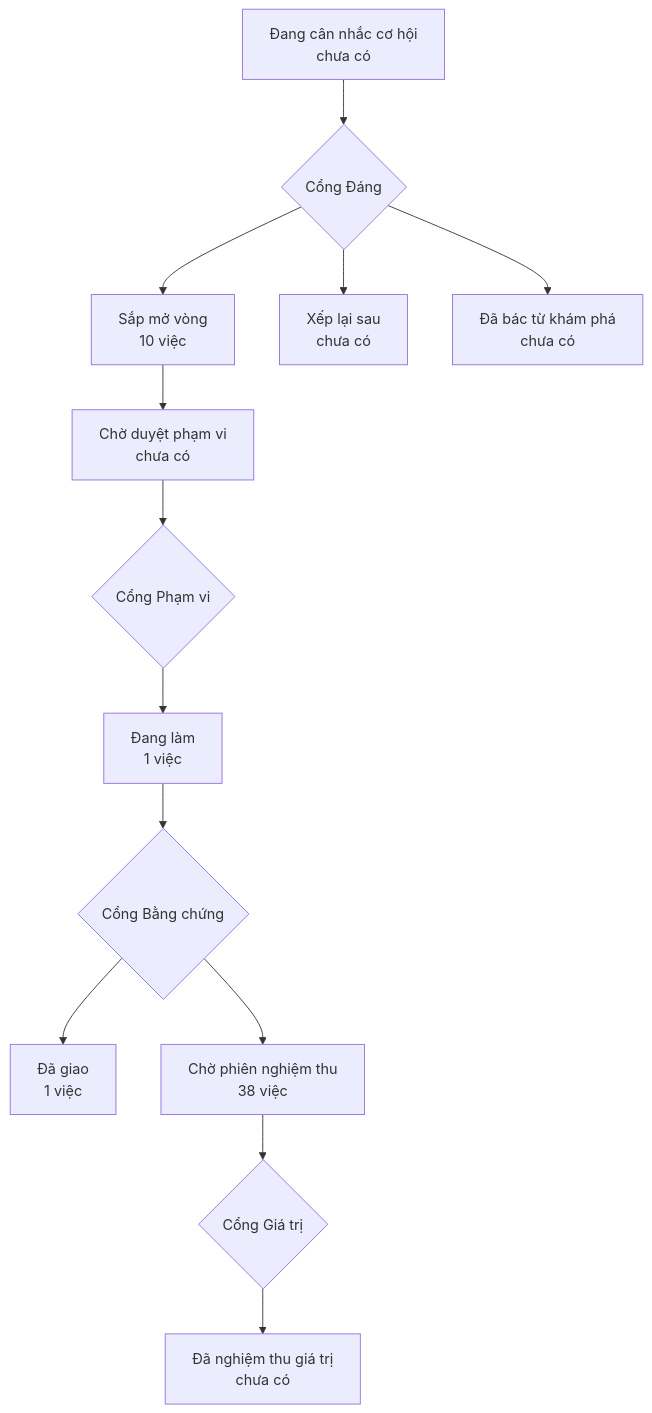
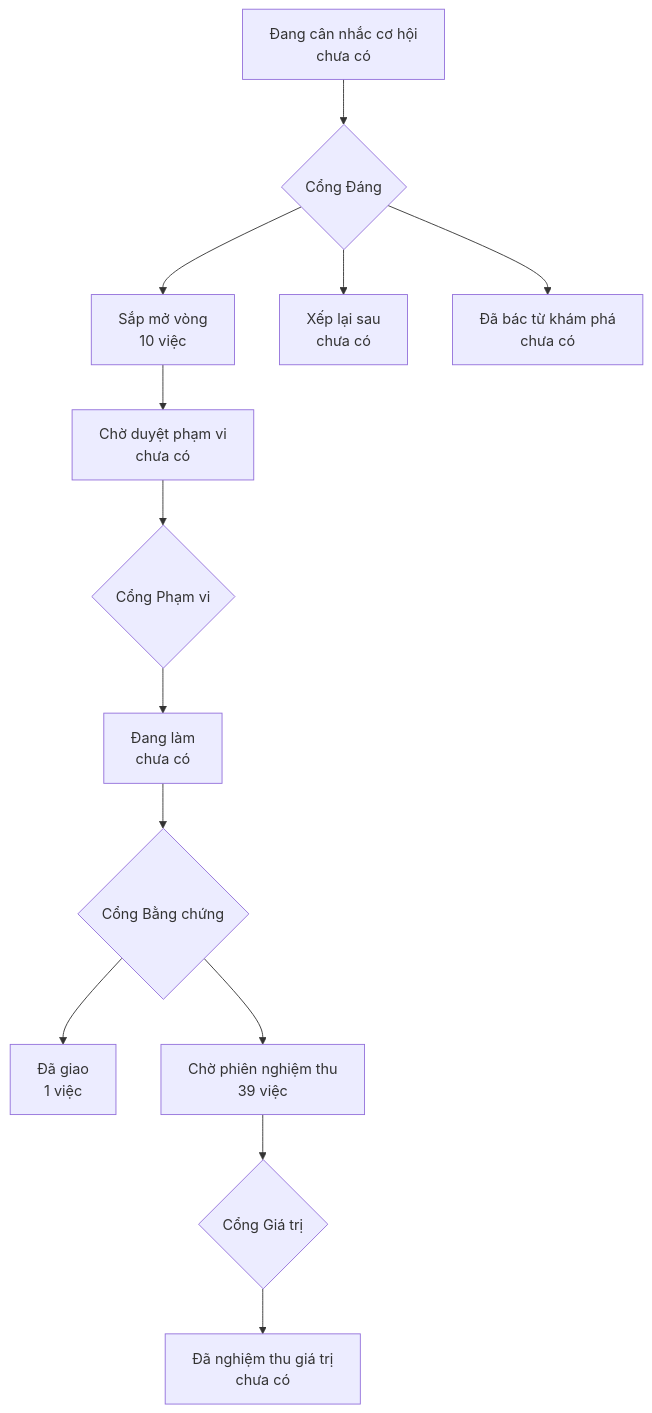
One commit to phanlemanh/onehub-inventory changed the diagram in PRODUCT-MAP.md. Above: the diagram before and after it, drawn with Mermaid. The commit also changed other lines of this file and 4 other files, not shown here.

````diff
--- a/PRODUCT-MAP.md
+++ b/PRODUCT-MAP.md
@@ -7,12 +7,12 @@
 ```mermaid
 flowchart TD
   A["Đang cân nhắc cơ hội<br/>chưa có"] --> GD{"Cổng Đáng"}
   GD --> B["Sắp mở vòng<br/>10 việc"]
   GD --> XL["Xếp lại sau<br/>chưa có"]
   GD --> DB["Đã bác từ khám phá<br/>chưa có"]
   B --> CD["Chờ duyệt phạm vi<br/>chưa có"] --> GP{"Cổng Phạm vi"}
-  GP --> DL["Đang làm<br/>1 việc"] --> GB{"Cổng Bằng chứng"}
+  GP --> DL["Đang làm<br/>chưa có"] --> GB{"Cổng Bằng chứng"}
   GB --> DG["Đã giao<br/>1 việc"]
-  GB --> CN["Chờ phiên nghiệm thu<br/>38 việc"] --> GG{"Cổng Giá trị"}
+  GB --> CN["Chờ phiên nghiệm thu<br/>39 việc"] --> GG{"Cổng Giá trị"}
   GG --> NT["Đã nghiệm thu giá trị<br/>chưa có"]
 ```
````
